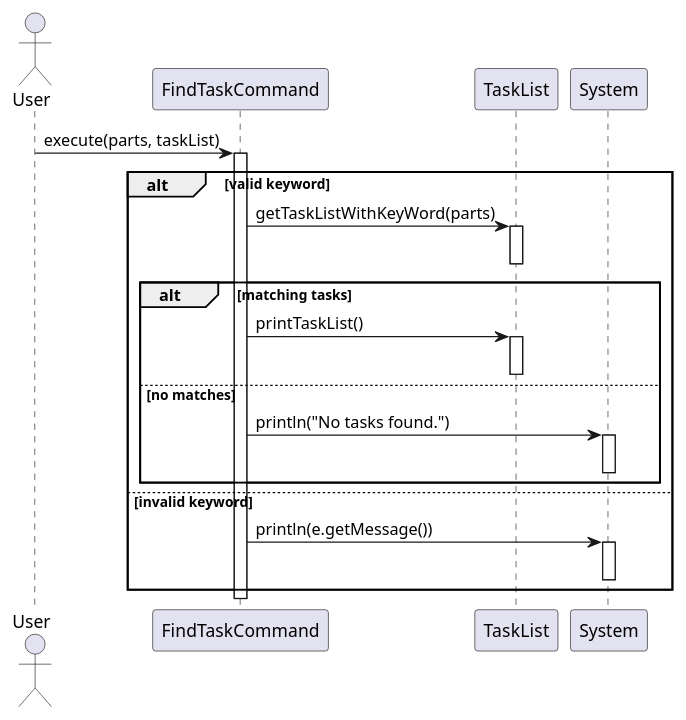
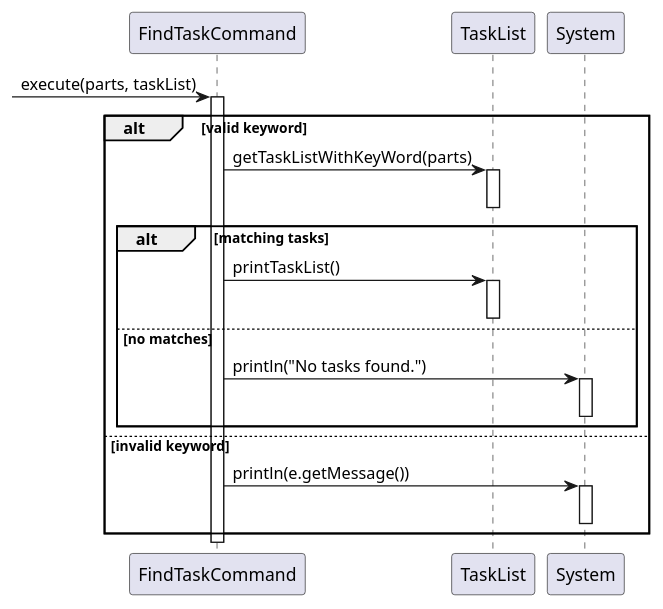
The diagram in docs/diagrams/tasklistcommands/FindTaskCommandSequenceDiagram.puml (wongyihao02/tp), drawn with PlantUML before and after one commit. The commit also changed 19 other files, not shown here.

Commit message:
Edit sequence diagrams for taskcommands

```diff
--- a/docs/diagrams/tasklistcommands/FindTaskCommandSequenceDiagram.puml
+++ b/docs/diagrams/tasklistcommands/FindTaskCommandSequenceDiagram.puml
@@ -1,34 +1,32 @@
 @startuml
 'https://plantuml.com/sequence-diagram
-
-actor User
 
 participant "FindTaskCommand" as FindCmd
 participant "TaskList" as TaskList
 participant "System" as Console
 
-User -> FindCmd : execute(parts, taskList)
+-> FindCmd : execute(parts, taskList)
 activate FindCmd
 
 alt valid keyword
     FindCmd -> TaskList : getTaskListWithKeyWord(parts)
     activate TaskList
     deactivate TaskList
 
     alt matching tasks
         FindCmd -> TaskList : printTaskList()
         activate TaskList
         deactivate TaskList
     else no matches
         FindCmd -> Console : println("No tasks found.")
         activate Console
         deactivate Console
     end
 else invalid keyword
     FindCmd -> Console : println(e.getMessage())
     activate Console
     deactivate Console
 end
 
 deactivate FindCmd
 @enduml
```
